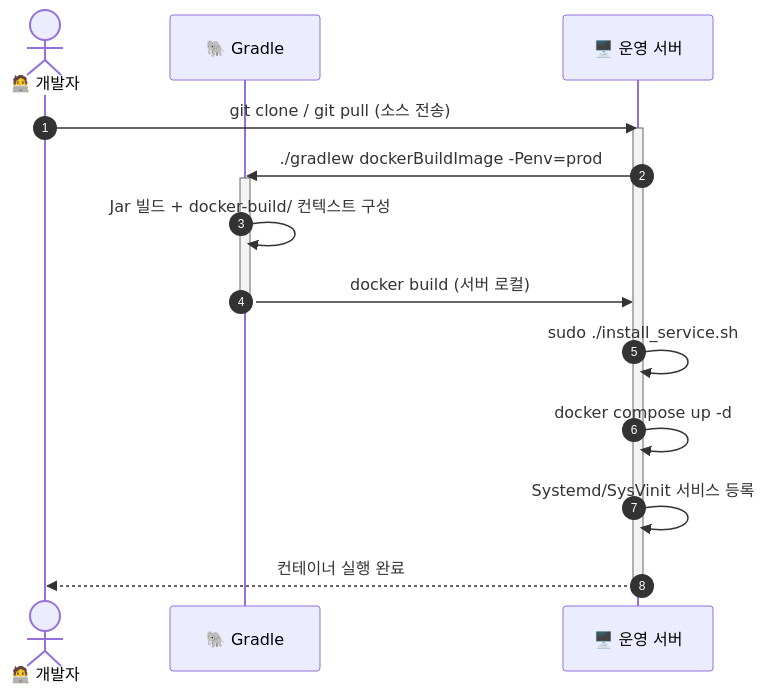
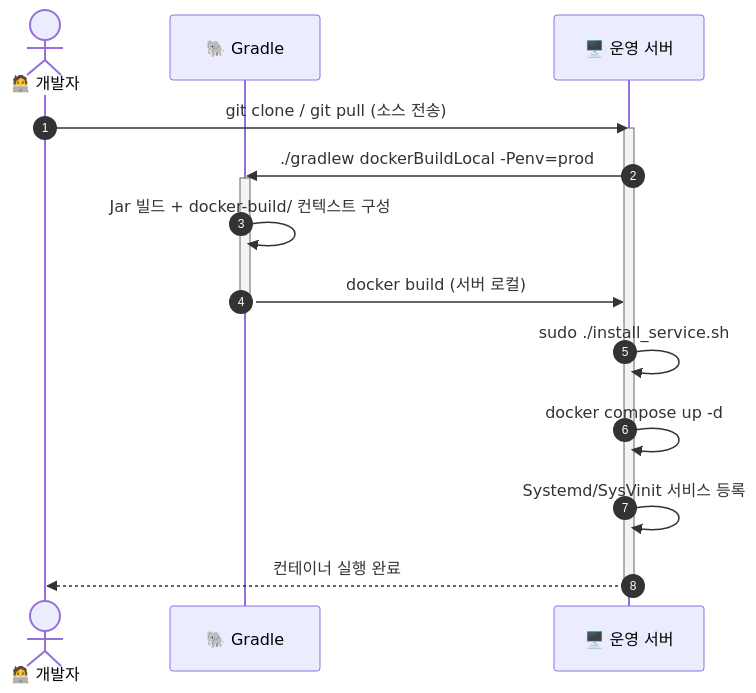
Before and after one commit to MJ-Youn/build-template: the fourth of 6 diagrams in README.md, drawn with Mermaid. The commit also changed other lines of this file and 2 other files, not shown here.

Commit message:
build 내용 수정

````diff
--- a/README.md
+++ b/README.md
@@ -509,20 +520,20 @@
 ```mermaid
 sequenceDiagram
     autonumber
     actor Dev as 🧑‍💻 개발자
     participant Gradle as 🐘 Gradle
     participant Server as 🖥️ 운영 서버
 
     Dev->>Server: git clone / git pull (소스 전송)
     activate Server
-    Server->>Gradle: ./gradlew dockerBuildImage -Penv=prod
+    Server->>Gradle: ./gradlew dockerBuildLocal -Penv=prod
     activate Gradle
     Gradle->>Gradle: Jar 빌드 + docker-build/ 컨텍스트 구성
     Gradle->>Server: docker build (서버 로컬)
     deactivate Gradle
     Server->>Server: sudo ./install_service.sh
     Server->>Server: docker compose up -d
     Server->>Server: Systemd/SysVinit 서비스 등록
     Server-->>Dev: 컨테이너 실행 완료
     deactivate Server
 ```
````
